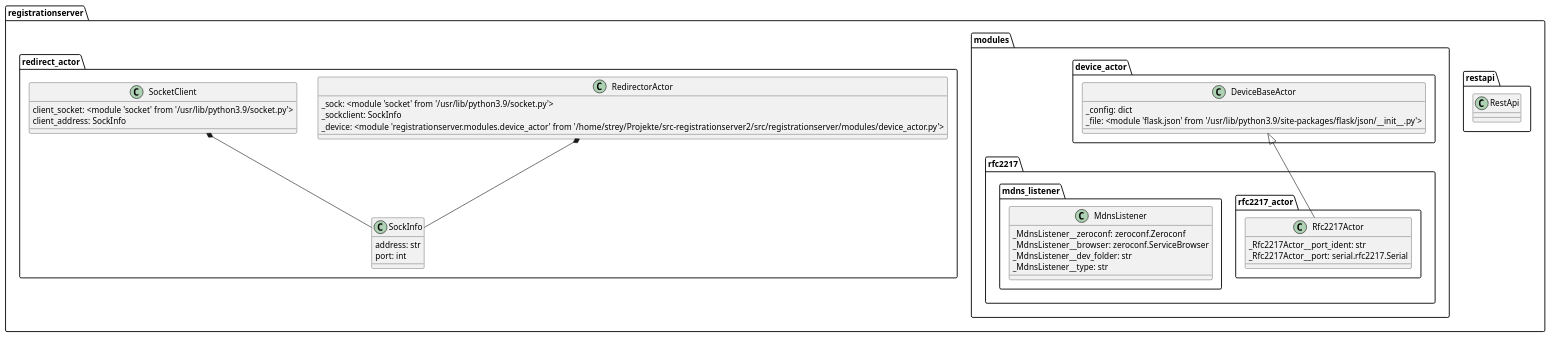
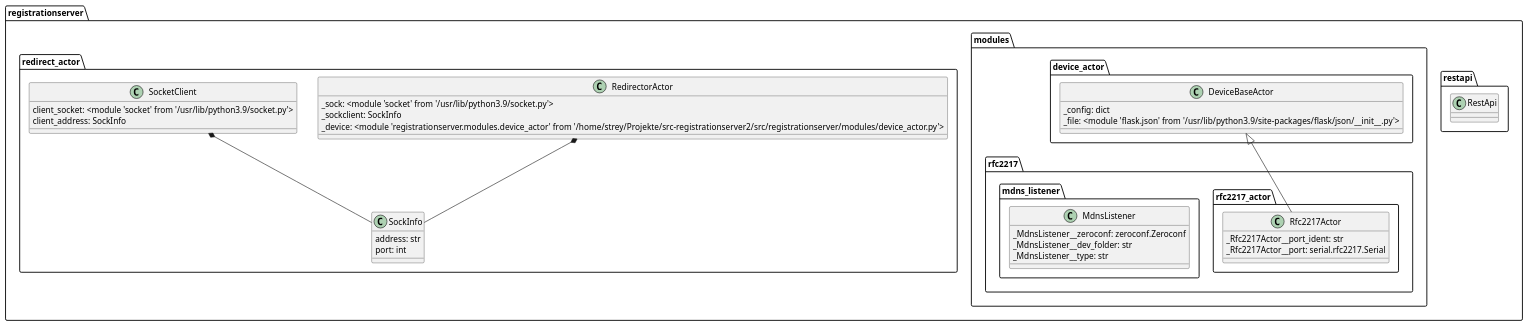
Before and after one commit to SARAD-GmbH/RegServer: the diagram in doc/source/uml-rs2_classes.puml, drawn with PlantUML. The commit also changed 4 other files, not shown here.

```diff
--- a/doc/source/uml-rs2_classes.puml
+++ b/doc/source/uml-rs2_classes.puml
@@ -1,34 +1,33 @@
 @startuml
 class registrationserver.restapi.RestApi {
 }
 class registrationserver.modules.device_actor.DeviceBaseActor {
   _config: dict
   _file: <module 'flask.json' from '/usr/lib/python3.9/site-packages/flask/json/__init__.py'>
 }
 class registrationserver.modules.rfc2217.rfc2217_actor.Rfc2217Actor {
   _Rfc2217Actor__port_ident: str
   _Rfc2217Actor__port: serial.rfc2217.Serial
 }
 class registrationserver.modules.rfc2217.mdns_listener.MdnsListener {
   _MdnsListener__zeroconf: zeroconf.Zeroconf
-  _MdnsListener__browser: zeroconf.ServiceBrowser
   _MdnsListener__dev_folder: str
   _MdnsListener__type: str
 }
 class registrationserver.redirect_actor.RedirectorActor {
   _sock: <module 'socket' from '/usr/lib/python3.9/socket.py'>
   _sockclient: SockInfo
   _device: <module 'registrationserver.modules.device_actor' from '/home/strey/Projekte/src-registrationserver2/src/registrationserver/modules/device_actor.py'>
 }
 class registrationserver.redirect_actor.SockInfo {
   address: str
   port: int
 }
 class registrationserver.redirect_actor.SocketClient {
   client_socket: <module 'socket' from '/usr/lib/python3.9/socket.py'>
   client_address: SockInfo
 }
 registrationserver.modules.device_actor.DeviceBaseActor <|-- registrationserver.modules.rfc2217.rfc2217_actor.Rfc2217Actor
 registrationserver.redirect_actor.RedirectorActor *-- registrationserver.redirect_actor.SockInfo
 registrationserver.redirect_actor.SocketClient *-- registrationserver.redirect_actor.SockInfo
 @enduml
```
